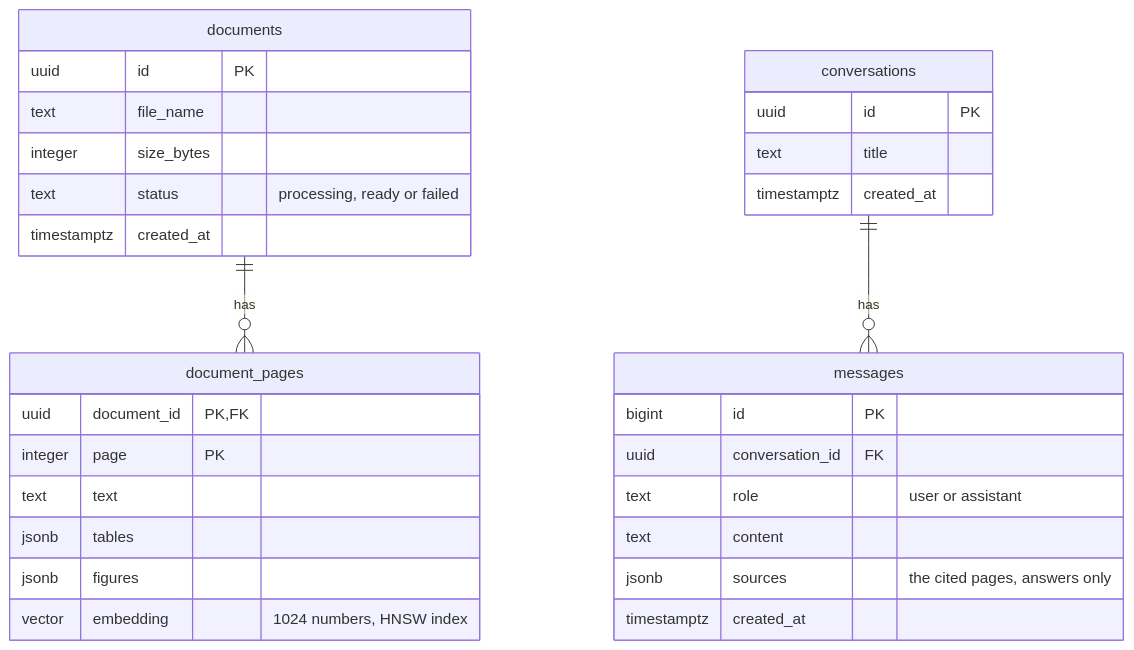
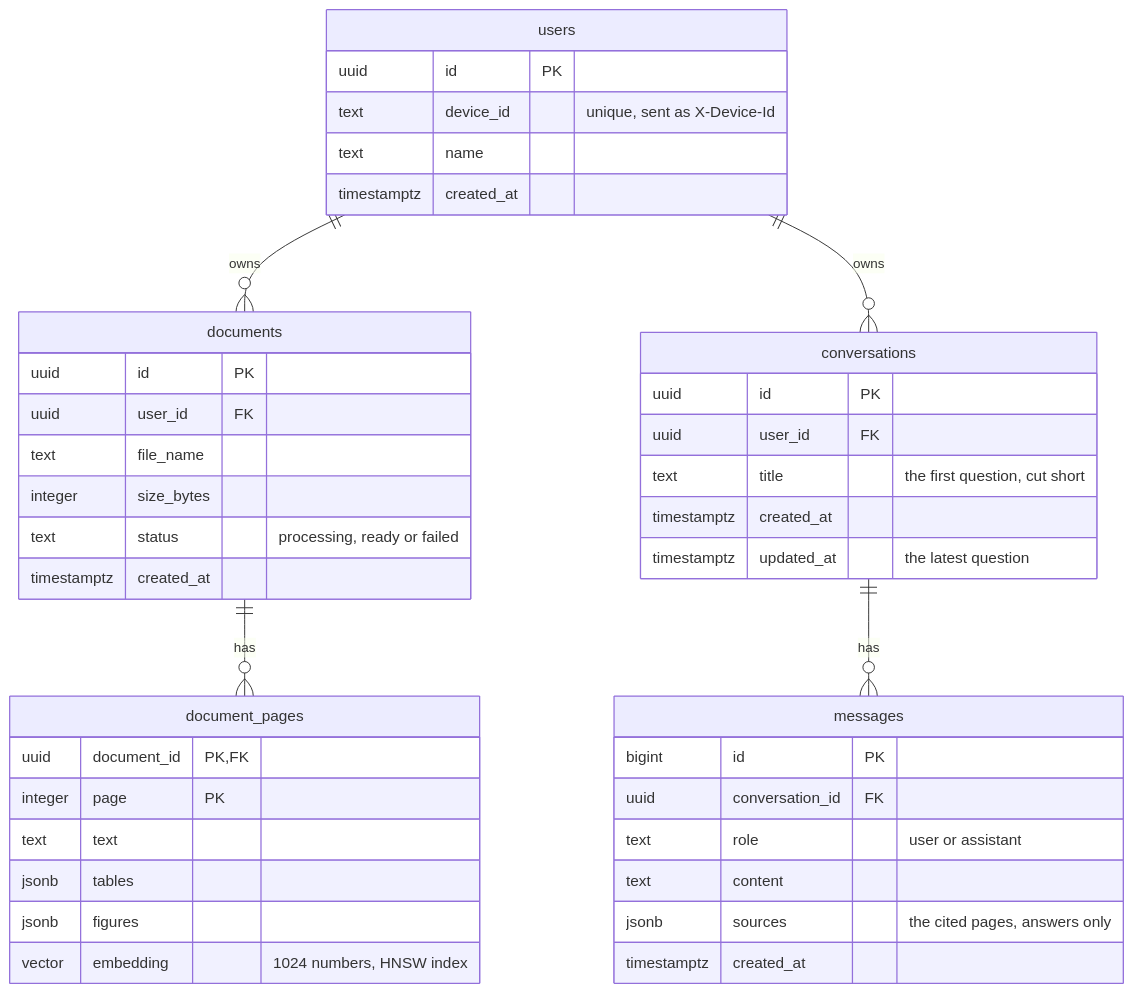
One commit to arberhh/multimodal-rag changed the diagram in docs/server.md. Above: the diagram before and after it, drawn with Mermaid. The commit also changed other lines of this file and 13 other files, not shown here.

````diff
--- a/docs/server.md
+++ b/docs/server.md
@@ -85,34 +98,46 @@
 ```mermaid
 erDiagram
+  users ||--o{ documents : "owns"
+  users ||--o{ conversations : "owns"
   documents ||--o{ document_pages : "has"
   conversations ||--o{ messages : "has"
 
+  users {
+    uuid id PK
+    text device_id "unique, sent as X-Device-Id"
+    text name
+    timestamptz created_at
+  }
+
   documents {
     uuid id PK
+    uuid user_id FK
     text file_name
     integer size_bytes
     text status "processing, ready or failed"
     timestamptz created_at
   }
   document_pages {
     uuid document_id PK, FK
     integer page PK
     text text
     jsonb tables
     jsonb figures
     vector embedding "1024 numbers, HNSW index"
   }
   conversations {
     uuid id PK
-    text title
+    uuid user_id FK
+    text title "the first question, cut short"
     timestamptz created_at
+    timestamptz updated_at "the latest question"
   }
   messages {
     bigint id PK
     uuid conversation_id FK
     text role "user or assistant"
     text content
     jsonb sources "the cited pages, answers only"
     timestamptz created_at
   }
 ```
````
